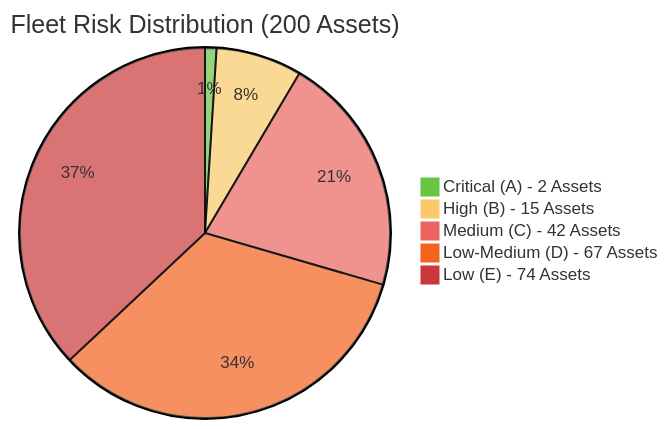
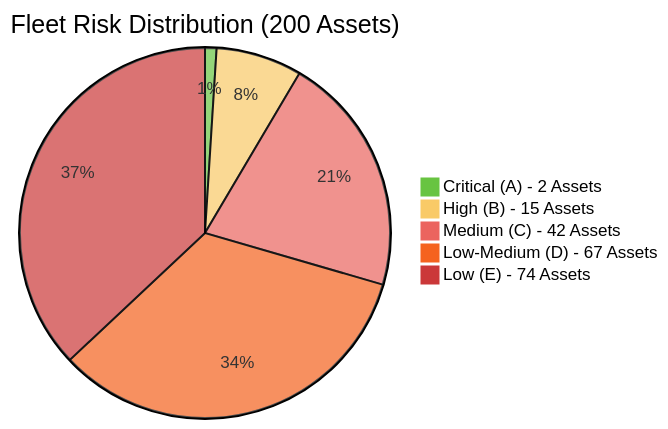
Before and after one commit to StephanieHepp/Risk-Assessment: the first of 4 diagrams in risk_assessment_report/monthly_report_otto_argos_style.md, drawn with Mermaid.

````diff
--- a/risk_assessment_report/monthly_report_otto_argos_style.md
+++ b/risk_assessment_report/monthly_report_otto_argos_style.md
@@ -14,9 +14,9 @@
 ```mermaid
-%%{init: {'theme':'base', 'themeVariables': {'pie5':'#CB3839', 'pie4':'#F5621E', 'pie3':'#EB645F', 'pie2':'#F9CA67','pie1':'#68C441','primaryTextColor':'#333', 'primaryBorderColor':'#ddd'}}}%%
+%%{init: {'theme':'default', 'themeVariables': {'pie5':'#CB3839', 'pie4':'#F5621E', 'pie3':'#EB645F', 'pie2':'#F9CA67','pie1':'#68C441','primaryTextColor':'#333', 'primaryBorderColor':'#ddd'}}}%%
 pie title Fleet Risk Distribution (200 Assets)
     "Critical (A) - 2 Assets" : 2
     "High (B) - 15 Assets" : 15
     "Medium (C) - 42 Assets" : 42
     "Low-Medium (D) - 67 Assets" : 67
     "Low (E) - 74 Assets" : 74
 ```
````
